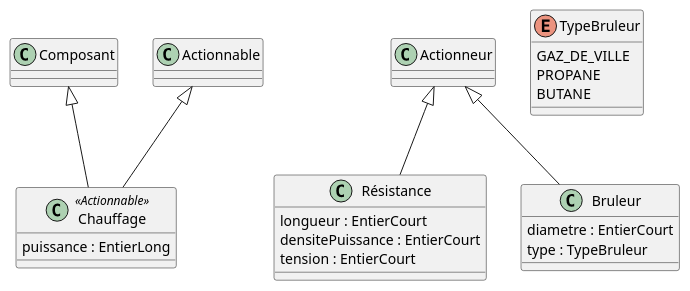
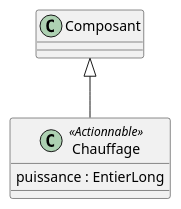
The diagram in chauffage.iuml (beerfactory/brewbox-uml), drawn with PlantUML before and after one commit. The commit also changed 4 other files, not shown here.

```diff
--- a/chauffage.iuml
+++ b/chauffage.iuml
@@ -1,25 +1,5 @@
 class Chauffage <<Actionnable>> {
     puissance : EntierLong
 }
 
-class Résistance {
-    longueur : EntierCourt
-    densitePuissance : EntierCourt
-    tension : EntierCourt
-}
-
-class Bruleur {
-    diametre : EntierCourt
-    type : TypeBruleur
-}
-
-enum TypeBruleur {
-    GAZ_DE_VILLE
-    PROPANE
-    BUTANE
-}
-
 Composant <|-- Chauffage
-Actionnable <|-- Chauffage
-Actionneur <|-- Résistance
-Actionneur <|-- Bruleur
```
